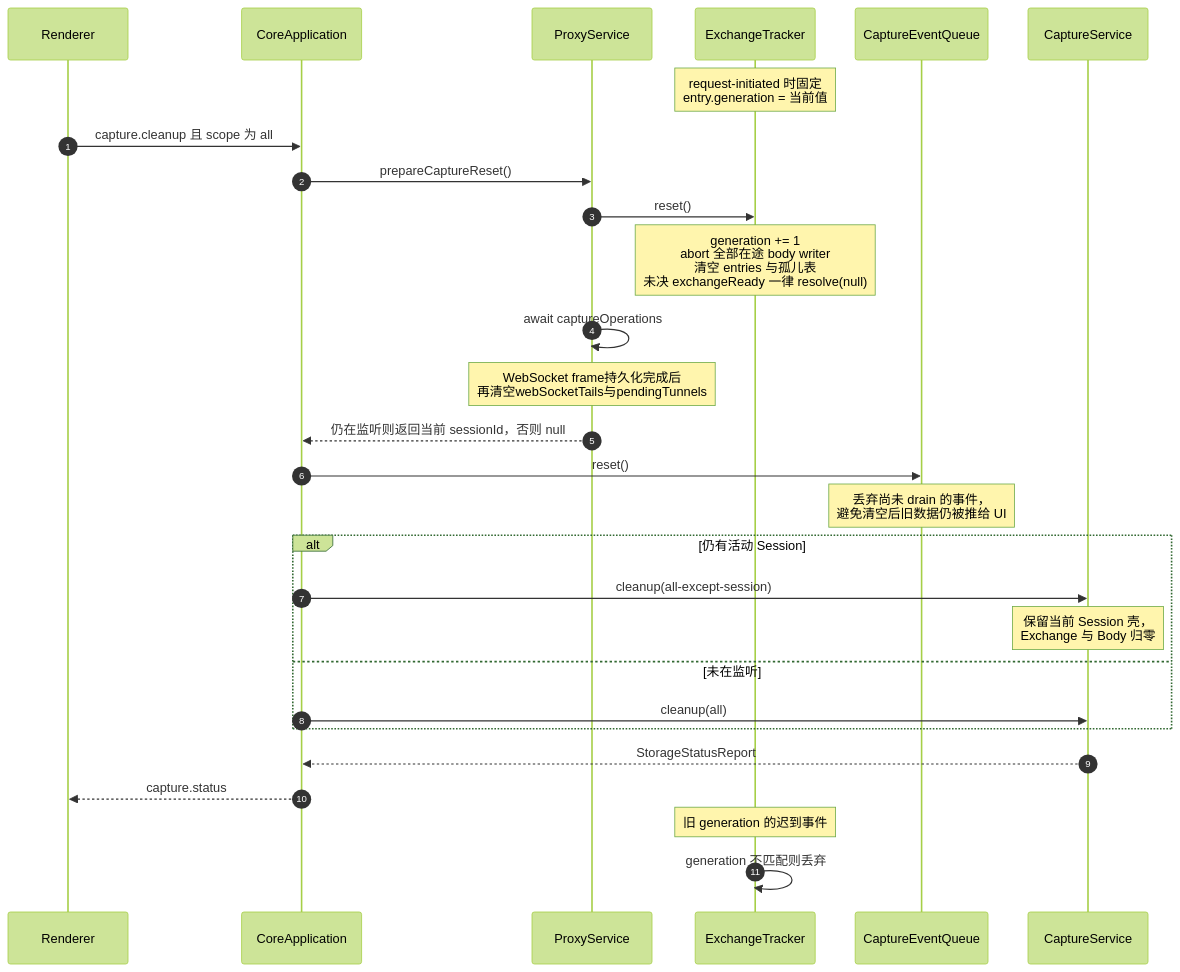
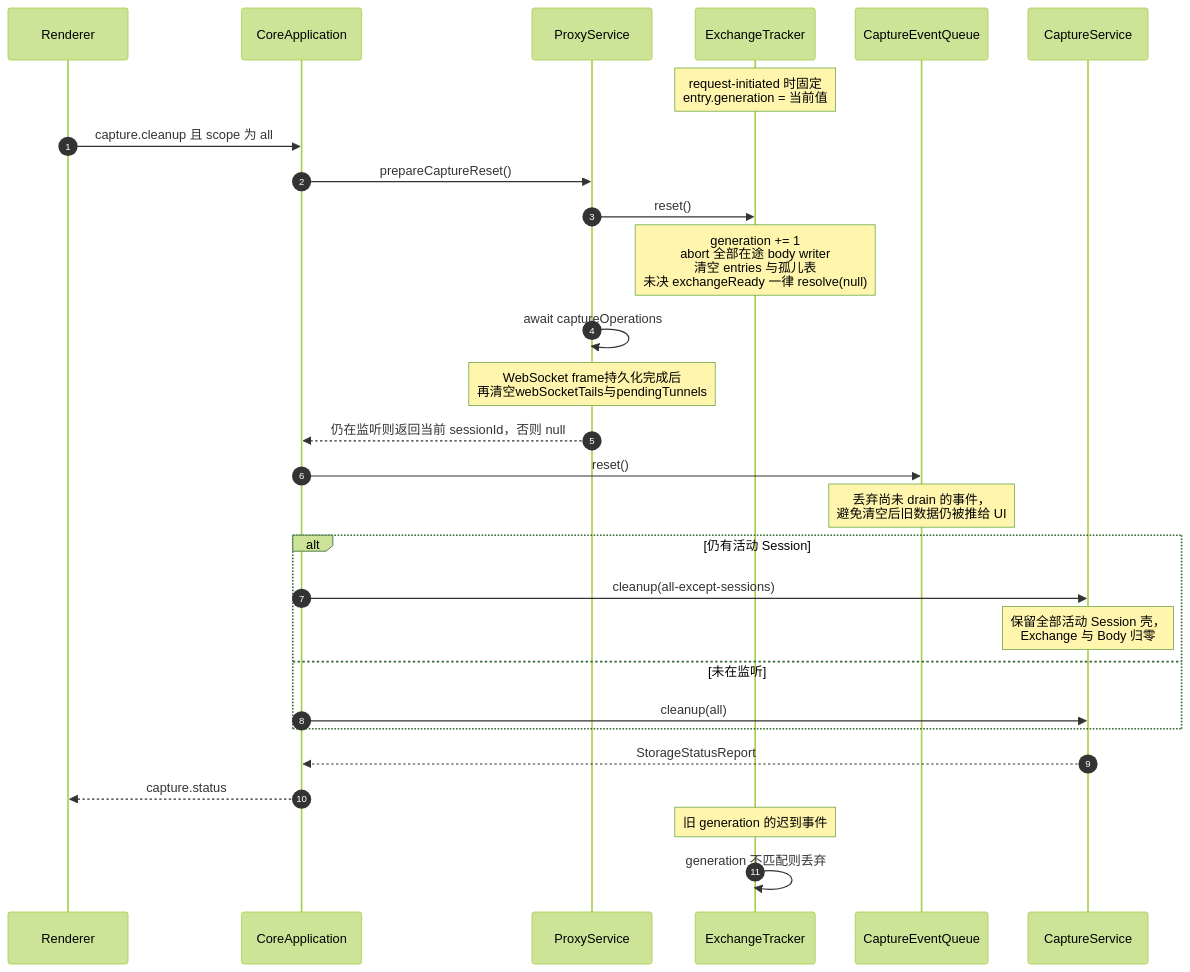
Diagram 12 of 14 in architecture/features/capture.md (zhxmt-xm/Interceptor), drawn with Mermaid (forest theme) before and after one commit. The commit also changed other lines of this file and 83 other files, not shown here.

````diff
--- a/architecture/features/capture.md
+++ b/architecture/features/capture.md
@@ -1182,35 +1182,35 @@
 ```mermaid
 sequenceDiagram
     autonumber
     participant UI as Renderer
     participant App as CoreApplication
     participant Proxy as ProxyService
     participant Tracker as ExchangeTracker
     participant Queue as CaptureEventQueue
     participant Storage as CaptureService
 
     Note over Tracker: request-initiated 时固定<br/>entry.generation = 当前值
 
     UI->>App: capture.cleanup 且 scope 为 all
     App->>Proxy: prepareCaptureReset()
     Proxy->>Tracker: reset()
     Note over Tracker: generation += 1<br/>abort 全部在途 body writer<br/>清空 entries 与孤儿表<br/>未决 exchangeReady 一律 resolve(null)
     Proxy->>Proxy: await captureOperations
     Note over Proxy: WebSocket frame持久化完成后<br/>再清空webSocketTails与pendingTunnels
     Proxy-->>App: 仍在监听则返回当前 sessionId，否则 null
 
     App->>Queue: reset()
     Note over Queue: 丢弃尚未 drain 的事件，<br/>避免清空后旧数据仍被推给 UI
 
     alt 仍有活动 Session
-        App->>Storage: cleanup(all-except-session)
-        Note over Storage: 保留当前 Session 壳，<br/>Exchange 与 Body 归零
+        App->>Storage: cleanup(all-except-sessions)
+        Note over Storage: 保留全部活动 Session 壳，<br/>Exchange 与 Body 归零
     else 未在监听
         App->>Storage: cleanup(all)
     end
     Storage-->>App: StorageStatusReport
     App-->>UI: capture.status
 
     Note over Tracker: 旧 generation 的迟到事件
     Tracker->>Tracker: generation 不匹配则丢弃
 ```
````
